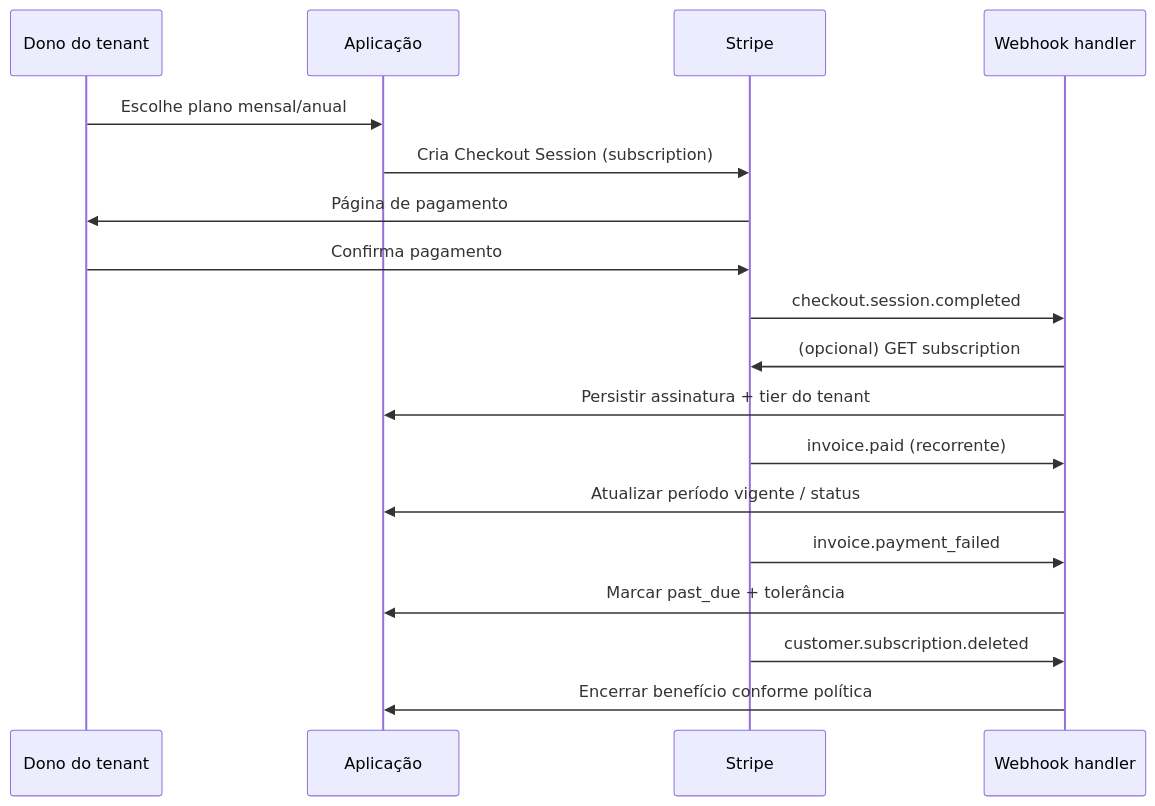
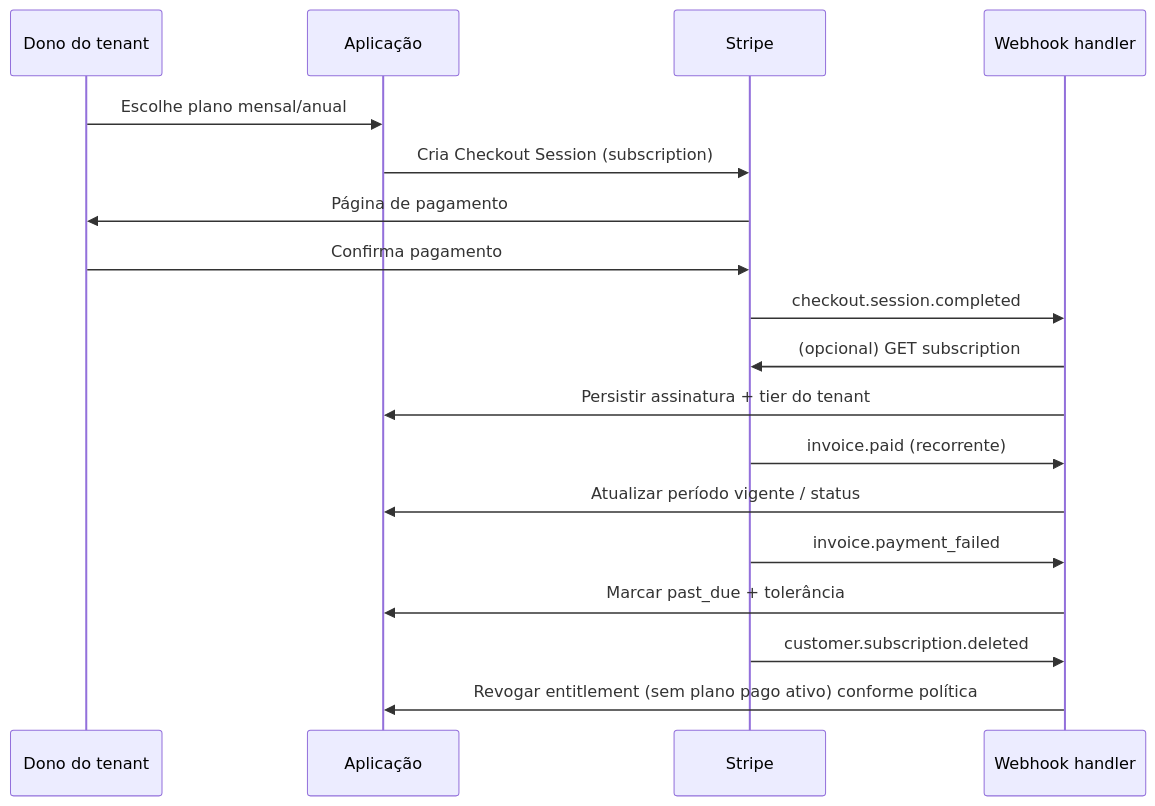
One commit to AndersonAutomacoes/agenteAtendimento changed the diagram in docs/superpowers/specs/2026-05-08-stripe-tenant-billing-design.md. Above: the diagram before and after it, drawn with Mermaid. The commit also changed other lines of this file, not shown here.

````diff
--- a/docs/superpowers/specs/2026-05-08-stripe-tenant-billing-design.md
+++ b/docs/superpowers/specs/2026-05-08-stripe-tenant-billing-design.md
@@ -86,24 +88,24 @@
 ```mermaid
 sequenceDiagram
   participant Owner as Dono do tenant
   participant App as Aplicação
   participant Stripe as Stripe
   participant WH as Webhook handler
 
   Owner->>App: Escolhe plano mensal/anual
   App->>Stripe: Cria Checkout Session (subscription)
   Stripe->>Owner: Página de pagamento
   Owner->>Stripe: Confirma pagamento
   Stripe->>WH: checkout.session.completed
   WH->>Stripe: (opcional) GET subscription
   WH->>App: Persistir assinatura + tier do tenant
 
   Stripe->>WH: invoice.paid (recorrente)
   WH->>App: Atualizar período vigente / status
 
   Stripe->>WH: invoice.payment_failed
   WH->>App: Marcar past_due + tolerância
 
   Stripe->>WH: customer.subscription.deleted
-  WH->>App: Encerrar benefício conforme política
+  WH->>App: Revogar entitlement (sem plano pago ativo) conforme política
 ```
````
